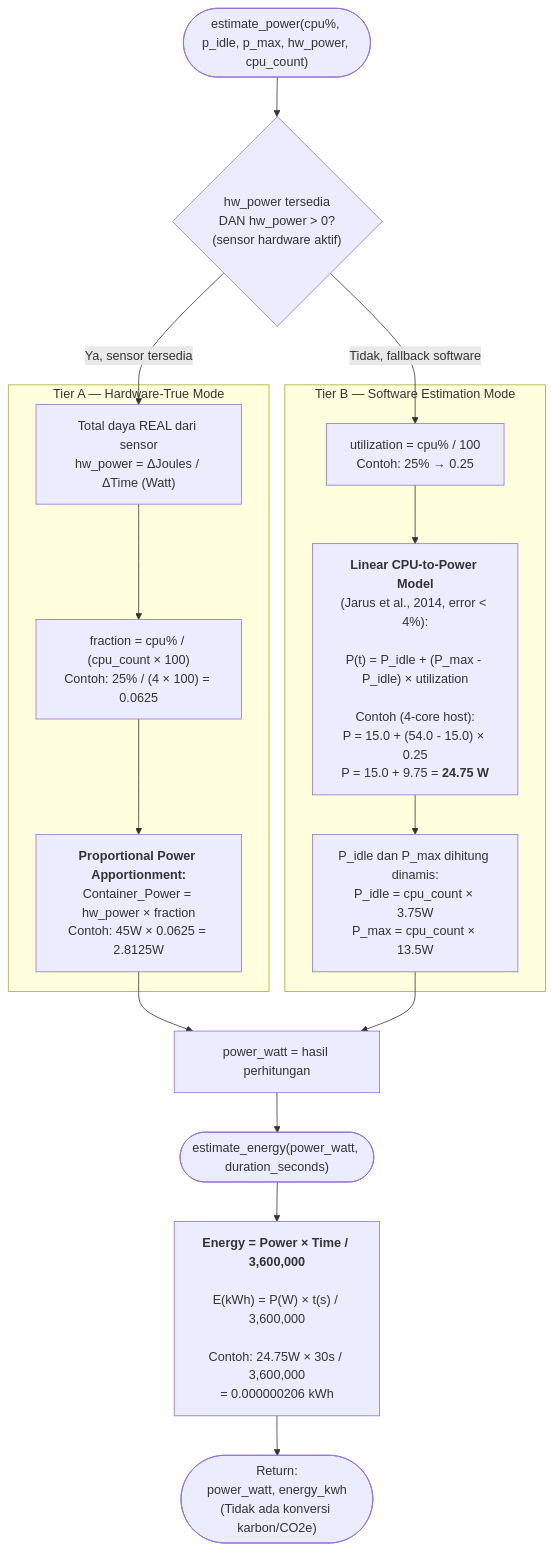
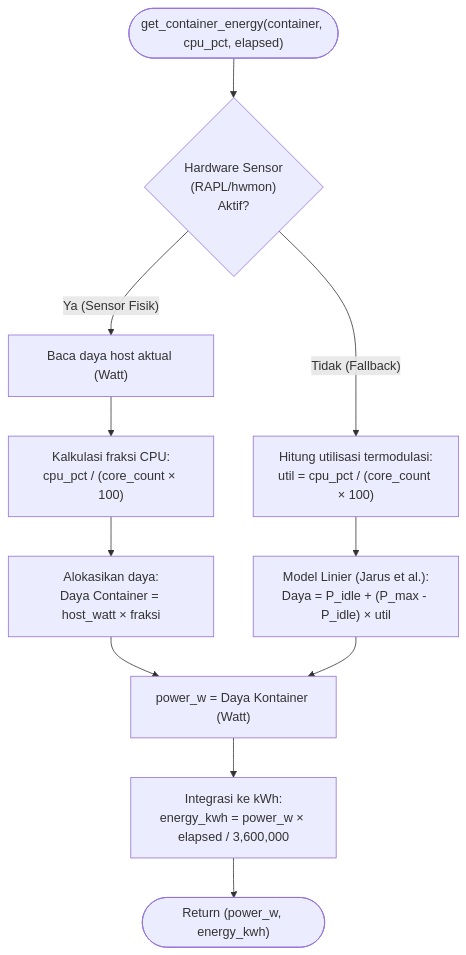
Before and after one commit to fauzanreza/green-container-framework: the first of 2 diagrams in architecture-diagrams/supplementary/01_energy_estimator.md, drawn with Mermaid. The commit also changed other lines of this file and 13 other files, not shown here.

Commit message:
edit fitur, menambahkan Architecture Diagram

````diff
--- a/architecture-diagrams/supplementary/01_energy_estimator.md
+++ b/architecture-diagrams/supplementary/01_energy_estimator.md
@@ -9,40 +9,31 @@
 ```mermaid
 flowchart TD
-    START(["estimate_power(cpu%, p_idle, p_max, hw_power, cpu_count)"])
+    START(["get_container_energy(container, cpu_pct, elapsed)"])
 
-    HW_CHECK{"hw_power tersedia<br/>DAN hw_power > 0?<br/>(sensor hardware aktif)"}
+    HW_CHECK{"Hardware Sensor<br/>(RAPL/hwmon)<br/>Aktif?"}
+    HW_TOTAL["Baca daya host aktual (Watt)"]
+    HW_FRAC["Kalkulasi fraksi CPU:<br/>cpu_pct / (core_count × 100)"]
+    HW_ALLOC["Alokasikan daya:<br/>Daya Container = host_watt × fraksi"]
 
-    subgraph TIER_A["Tier A — Hardware-True Mode"]
-        HW_TOTAL["Total daya REAL dari sensor<br/>hw_power = ΔJoules / ΔTime (Watt)"]
-        CALC_FRACTION["fraction = cpu% / (cpu_count × 100)<br/>Contoh: 25% / (4 × 100) = 0.0625"]
-        CALC_HW_POWER["<b>Proportional Power Apportionment:</b><br/>Container_Power = hw_power × fraction<br/>Contoh: 45W × 0.0625 = 2.8125W"]
-    end
+    SW_UTIL["Hitung utilisasi termodulasi:<br/>util = cpu_pct / (core_count × 100)"]
+    SW_MODEL["Model Linier (Jarus et al.):<br/>Daya = P_idle + (P_max - P_idle) × util"]
 
-    subgraph TIER_B["Tier B — Software Estimation Mode"]
-        SW_UTIL["utilization = cpu% / 100<br/>Contoh: 25% → 0.25"]
-        CALC_SW_POWER["<b>Linear CPU-to-Power Model</b><br/>(Jarus et al., 2014, error < 4%):<br/><br/>P(t) = P_idle + (P_max - P_idle) × utilization<br/><br/>Contoh (4-core host):<br/>P = 15.0 + (54.0 - 15.0) × 0.25<br/>P = 15.0 + 9.75 = <b>24.75 W</b>"]
-        SW_NOTE["P_idle dan P_max dihitung dinamis:<br/>P_idle = cpu_count × 3.75W<br/>P_max = cpu_count × 13.5W"]
-    end
+    POWER_RES["power_w = Daya Kontainer (Watt)"]
 
-    POWER_RESULT["power_watt = hasil perhitungan"]
+    CALC_ENERGY["Integrasi ke kWh:<br/>energy_kwh = power_w × elapsed / 3,600,000"]
 
-    ENERGY(["estimate_energy(power_watt, duration_seconds)"])
-    CALC_ENERGY["<b>Energy = Power × Time / 3,600,000</b><br/><br/>E(kWh) = P(W) × t(s) / 3,600,000<br/><br/>Contoh: 24.75W × 30s / 3,600,000<br/>= 0.000000206 kWh"]
-
-    RETURN(["Return:<br/>power_watt, energy_kwh<br/>(Tidak ada konversi karbon/CO2e)"])
+    RETURN(["Return (power_w, energy_kwh)"])
 
     START --> HW_CHECK
-    HW_CHECK -->|Ya, sensor tersedia| HW_TOTAL
-    HW_TOTAL --> CALC_FRACTION
-    CALC_FRACTION --> CALC_HW_POWER
-    CALC_HW_POWER --> POWER_RESULT
+    HW_CHECK -->|"Ya (Sensor Fisik)"| HW_TOTAL
+    HW_TOTAL --> HW_FRAC
+    HW_FRAC --> HW_ALLOC
+    HW_ALLOC --> POWER_RES
 
-    HW_CHECK -->|Tidak, fallback software| SW_UTIL
-    SW_UTIL --> CALC_SW_POWER
-    CALC_SW_POWER --> SW_NOTE
-    SW_NOTE --> POWER_RESULT
+    HW_CHECK -->|"Tidak (Fallback)"| SW_UTIL
+    SW_UTIL --> SW_MODEL
+    SW_MODEL --> POWER_RES
 
-    POWER_RESULT --> ENERGY
-    ENERGY --> CALC_ENERGY
+    POWER_RES --> CALC_ENERGY
     CALC_ENERGY --> RETURN
 ```
````
